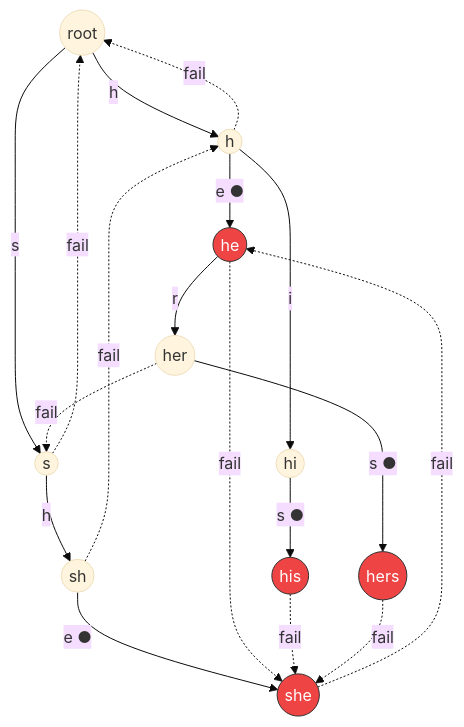
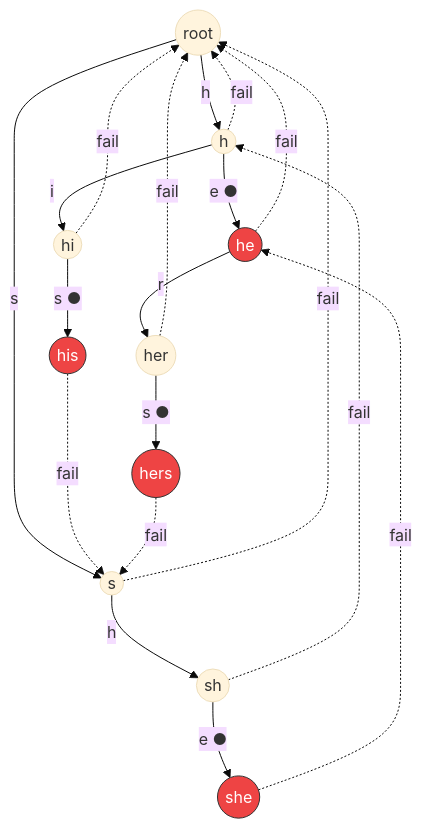
The second of 3 diagrams in README.zh.md (CandyMi/ccac), drawn with Mermaid (base theme) before and after one commit. The commit also changed other lines of this file and 10 other files, not shown here.

First line of the commit message:
refactor: rename ccac_find → ccac_match; fix wrong failure links in AC diagrams

````diff
--- a/README.zh.md
+++ b/README.zh.md
@@ -191,27 +191,28 @@
 ```mermaid
 flowchart TD
     R(("root"))
     R -->|"h"| H(("h"))
     R -->|"s"| S(("s"))
     H -->|"e ●"| HE(("he"))
     H -->|"i"| HI(("hi"))
     HI -->|"s ●"| HIS(("his"))
     S -->|"h"| SH(("sh"))
     SH -->|"e ●"| SHE(("she"))
     HE -->|"r"| HER(("her"))
     HER -->|"s ●"| HERS(("hers"))
 
     H -.->|"fail"| R
     S -.->|"fail"| R
-    HE -.->|"fail"| SHE
+    HE -.->|"fail"| R
     SH -.->|"fail"| H
     SHE -.->|"fail"| HE
-    HIS -.->|"fail"| SHE
-    HER -.->|"fail"| S
-    HERS -.->|"fail"| SHE
+    HIS -.->|"fail"| S
+    HI -.->|"fail"| R
+    HER -.->|"fail"| R
+    HERS -.->|"fail"| S
 
     style HE fill:#e44,stroke:#333,color:#fff
     style SHE fill:#e44,stroke:#333,color:#fff
     style HIS fill:#e44,stroke:#333,color:#fff
     style HERS fill:#e44,stroke:#333,color:#fff
 ```
````
